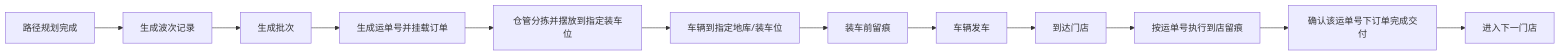
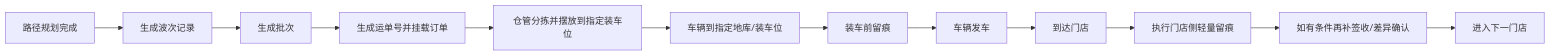
The second of 3 diagrams in odoo-19.0/doc/Odoo19物流留痕系统运单主对象与留痕主流程设计.md (2321703829-eng/PDA-), drawn with Mermaid before and after one commit. The commit also changed other lines of this file and 8 other files, not shown here.

````diff
--- a/odoo-19.0/doc/Odoo19物流留痕系统运单主对象与留痕主流程设计.md
+++ b/odoo-19.0/doc/Odoo19物流留痕系统运单主对象与留痕主流程设计.md
@@ -220,14 +266,14 @@
 ```mermaid
 flowchart LR
     A[路径规划完成] --> B[生成波次记录]
     B --> C[生成批次]
     C --> D[生成运单号并挂载订单]
     D --> E[仓管分拣并摆放到指定装车位]
     E --> F[车辆到指定地库/装车位]
     F --> G[装车前留痕]
     G --> H[车辆发车]
     H --> I[到达门店]
-    I --> J[按运单号执行到店留痕]
-    J --> K[确认该运单号下订单完成交付]
+    I --> J[执行门店侧轻量留痕]
+    J --> K[如有条件再补签收/差异确认]
     K --> L[进入下一门店]
 ```
````
